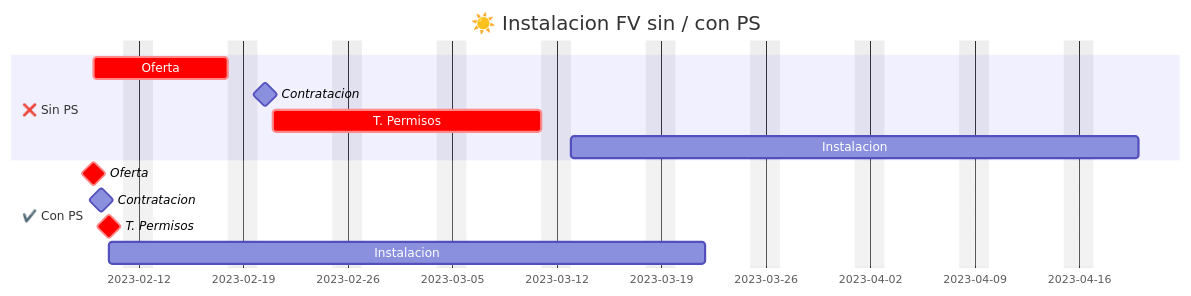
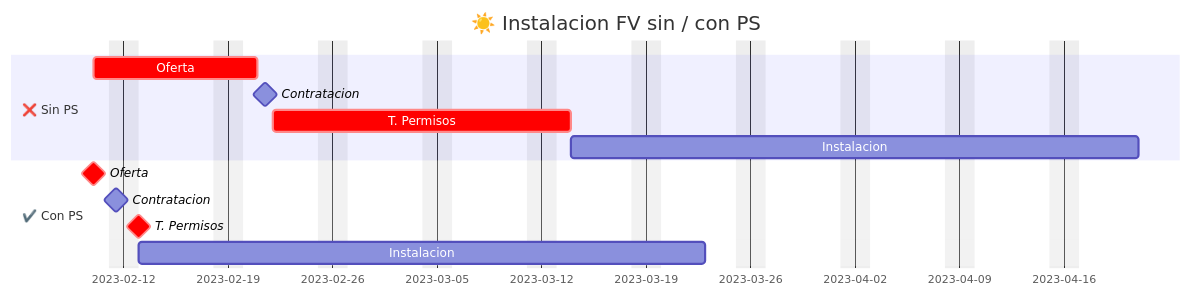
One commit to asolear/ProyectoSolar changed the first of 2 diagrams in docs_jpg/index.md. Above: the diagram before and after it, drawn with Mermaid. The commit also changed other lines of this file and 23 other files, not shown here.

````diff
--- a/docs_jpg/index.md
+++ b/docs_jpg/index.md
@@ -49,19 +3,18 @@
     ``` mermaid
     gantt
         title       ☀️ Instalacion FV con  PS
         excludes    weekends
         %% (`excludes` accepts specific dates in YYYY-MM-DD format, days of the week ("sunday") or "weekends", but not the word "weekdays".)
         title       ☀️ Instalacion FV  sin / con  PS
         section ❌ Sin PS
-        Oferta                  :crit,    Oferta, 2023-02-09, 1w
+        Oferta                  :crit,    Oferta, 2023-02-10, 1w
         Contratacion          : milestone,1d
         T. Permisos :crit,2w
         Instalacion: 4w
-
         section ✔️ Con PS
-        Oferta  :crit,milestone,    des1, 2023-02-09, 0d
+        Oferta  :crit,milestone,    des1, 2023-02-10, 0d
         Contratacion         :milestone,1d
         T. Permisos :crit,milestone,0d
         Instalacion: 4w
     
     ```
````
